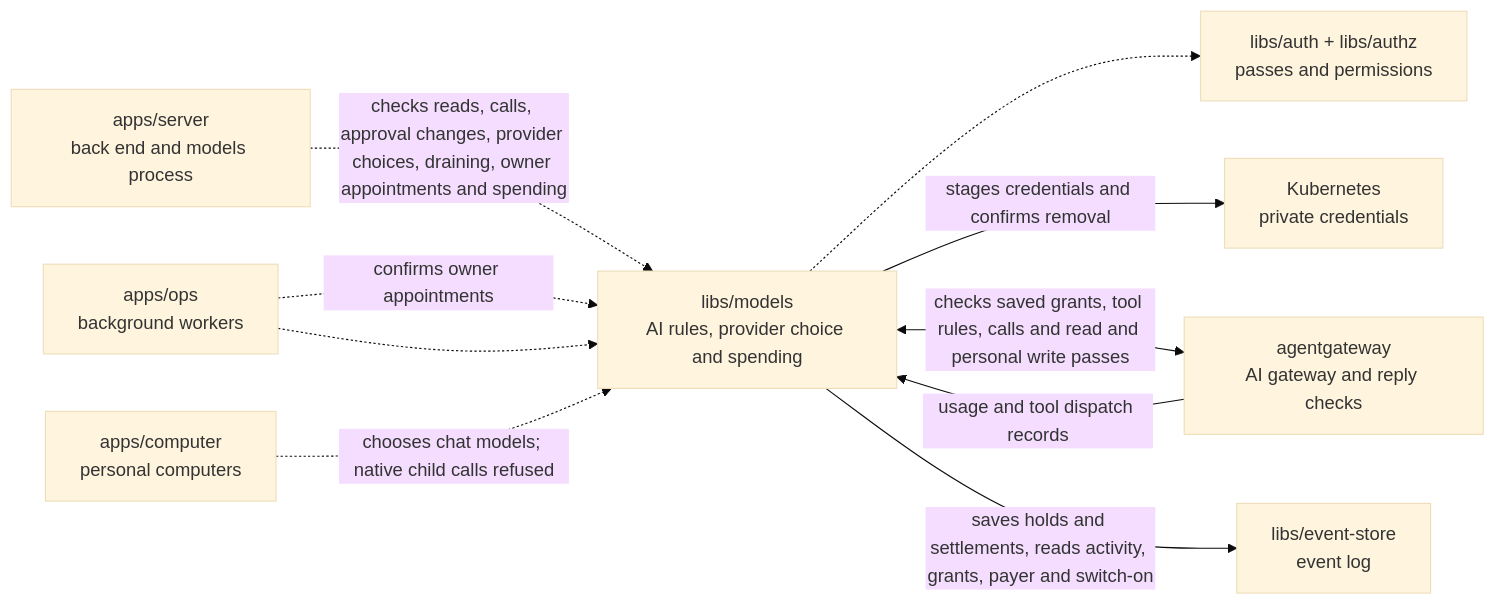
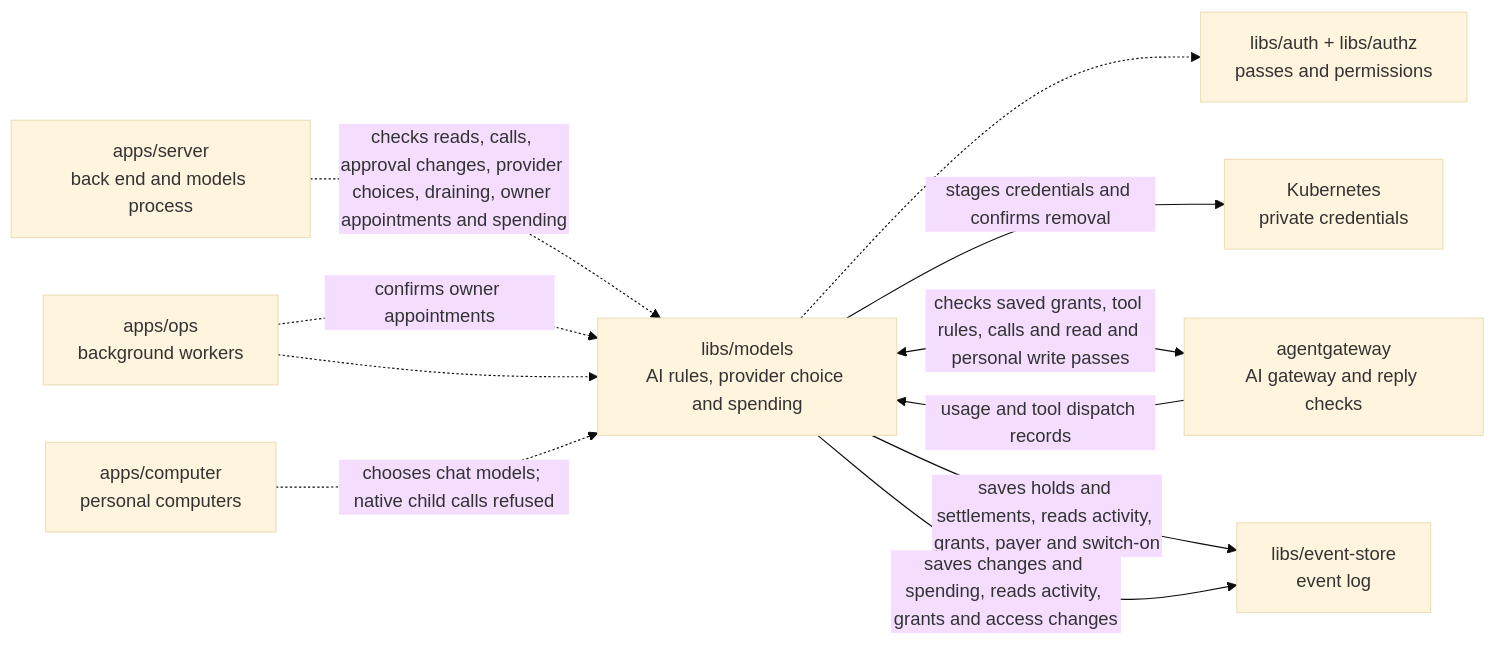
The diagram in libs/models/README.md (elewa-git/opencrane-new), drawn with Mermaid (base theme) before and after one commit. The commit also changed 19 other files, not shown here.

````diff
--- a/libs/models/README.md
+++ b/libs/models/README.md
@@ -14,12 +14,14 @@
 ```mermaid
 flowchart LR
   server["apps/server<br/>back end and models process"] -.->|checks reads, calls, approval changes, provider choices, draining, owner appointments and spending| models["libs/models<br/>AI rules, provider choice and spending"]
   ops["apps/ops<br/>background workers"] -.->|confirms owner appointments| models
   ops["apps/ops<br/>background workers"] -.-> models
   computer["apps/computer<br/>personal computers"] -.->|chooses chat models; native child calls refused| models
   models -.-> auth["libs/auth + libs/authz<br/>passes and permissions"]
   models -->|stages credentials and confirms removal| custody["Kubernetes<br/>private credentials"]
   models <-->|checks saved grants, tool rules, calls and read and personal write passes| gateway["agentgateway<br/>AI gateway and reply checks"]
   gateway -->|usage and tool dispatch records| models
   models -->|saves holds and settlements, reads activity, grants, payer and switch-on| store["libs/event-store<br/>event log"]
+
+models -->|saves changes and spending, reads activity, grants and access changes| store["libs/event-store<br/>event log"]
 ```
````
